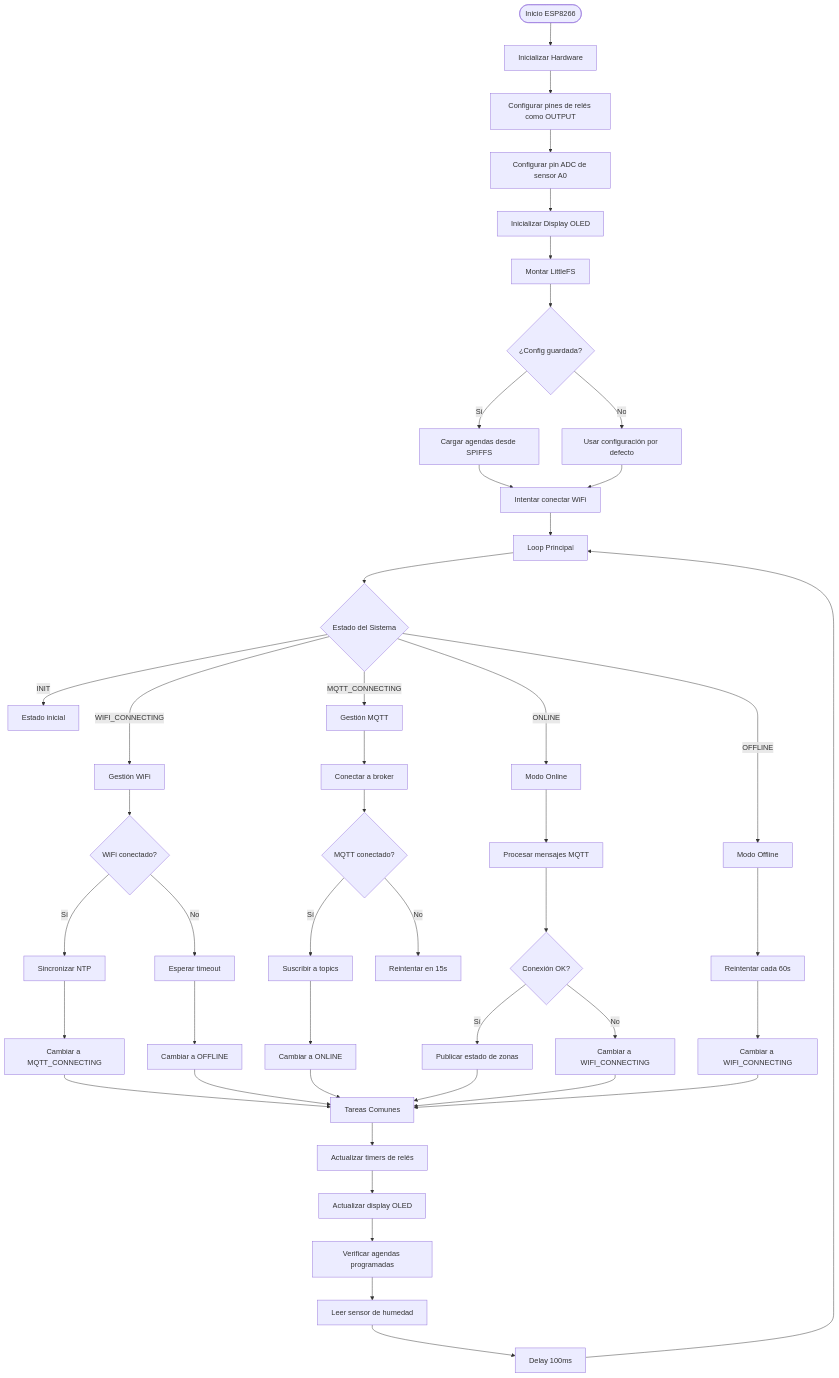
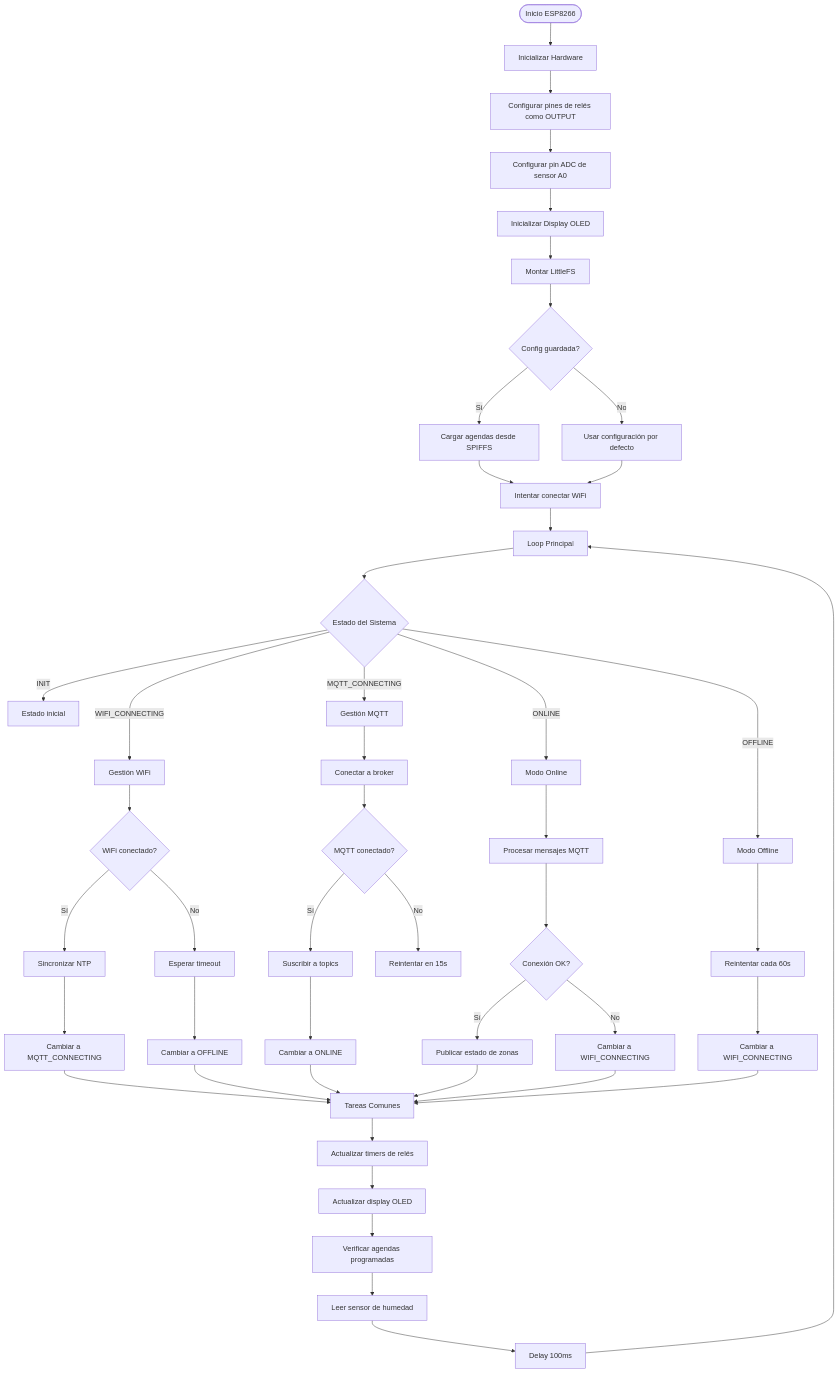
The first of 11 diagrams in docs/implementacion/esp32-diagramas-flujo.md (danielcalvindeveloper/irrigacion-mqtt), drawn with Mermaid before and after one commit. The commit also changed other lines of this file, not shown here.

Commit message:
mas mermaid

````diff
--- a/docs/implementacion/esp32-diagramas-flujo.md
+++ b/docs/implementacion/esp32-diagramas-flujo.md
@@ -23,60 +23,60 @@
 ```mermaid
 flowchart TD
     Start([Inicio ESP8266]) --> Init[Inicializar Hardware]
     Init --> InitRelays[Configurar pines de relés como OUTPUT]
     InitRelays --> InitSensor[Configurar pin ADC de sensor A0]
     InitSensor --> InitDisplay[Inicializar Display OLED]
     InitDisplay --> InitLittleFS[Montar LittleFS]
-    InitLittleFS --> LoadConfig{¿Config guardada?}
+    InitLittleFS --> LoadConfig{"Config guardada?"}
     
     LoadConfig -->|Sí| LoadAgendas[Cargar agendas desde SPIFFS]
     LoadConfig -->|No| DefaultConfig[Usar configuración por defecto]
     
     LoadAgendas --> ConnectWiFi[Intentar conectar WiFi]
     DefaultConfig --> ConnectWiFi
     
     ConnectWiFi --> Loop[Loop Principal]
     
     Loop --> CheckState{Estado del Sistema}
     
     CheckState -->|INIT| InitState[Estado inicial]
     CheckState -->|WIFI_CONNECTING| WiFiState[Gestión WiFi]
     CheckState -->|MQTT_CONNECTING| MQTTState[Gestión MQTT]
     CheckState -->|ONLINE| OnlineState[Modo Online]
     CheckState -->|OFFLINE| OfflineState[Modo Offline]
     
     WiFiState --> CheckWiFi{WiFi conectado?}
     CheckWiFi -->|Sí| SyncTime[Sincronizar NTP]
     CheckWiFi -->|No| WaitWiFi[Esperar timeout]
     SyncTime --> StateChange1[Cambiar a MQTT_CONNECTING]
     WaitWiFi --> StateChange2[Cambiar a OFFLINE]
     
     MQTTState --> ConnectMQTT[Conectar a broker]
     ConnectMQTT --> CheckMQTT{MQTT conectado?}
     CheckMQTT -->|Sí| Subscribe[Suscribir a topics]
     CheckMQTT -->|No| RetryMQTT[Reintentar en 15s]
     Subscribe --> StateChange3[Cambiar a ONLINE]
     
     OnlineState --> ProcessMQTT[Procesar mensajes MQTT]
     ProcessMQTT --> CheckConnection{Conexión OK?}
     CheckConnection -->|Sí| PublishStatus[Publicar estado de zonas]
     CheckConnection -->|No| StateChange4[Cambiar a WIFI_CONNECTING]
     
     OfflineState --> RetryConnect[Reintentar cada 60s]
     RetryConnect --> StateChange5[Cambiar a WIFI_CONNECTING]
     
     StateChange1 --> CommonTasks
     StateChange2 --> CommonTasks
     StateChange3 --> CommonTasks
     StateChange4 --> CommonTasks
     StateChange5 --> CommonTasks
     PublishStatus --> CommonTasks
     
     CommonTasks[Tareas Comunes]
     CommonTasks --> UpdateRelays[Actualizar timers de relés]
     UpdateRelays --> UpdateDisplay[Actualizar display OLED]
     UpdateDisplay --> CheckAgendas[Verificar agendas programadas]
     CheckAgendas --> ReadSensor[Leer sensor de humedad]
     ReadSensor --> Delay[Delay 100ms]
     Delay --> Loop
 ```
````
